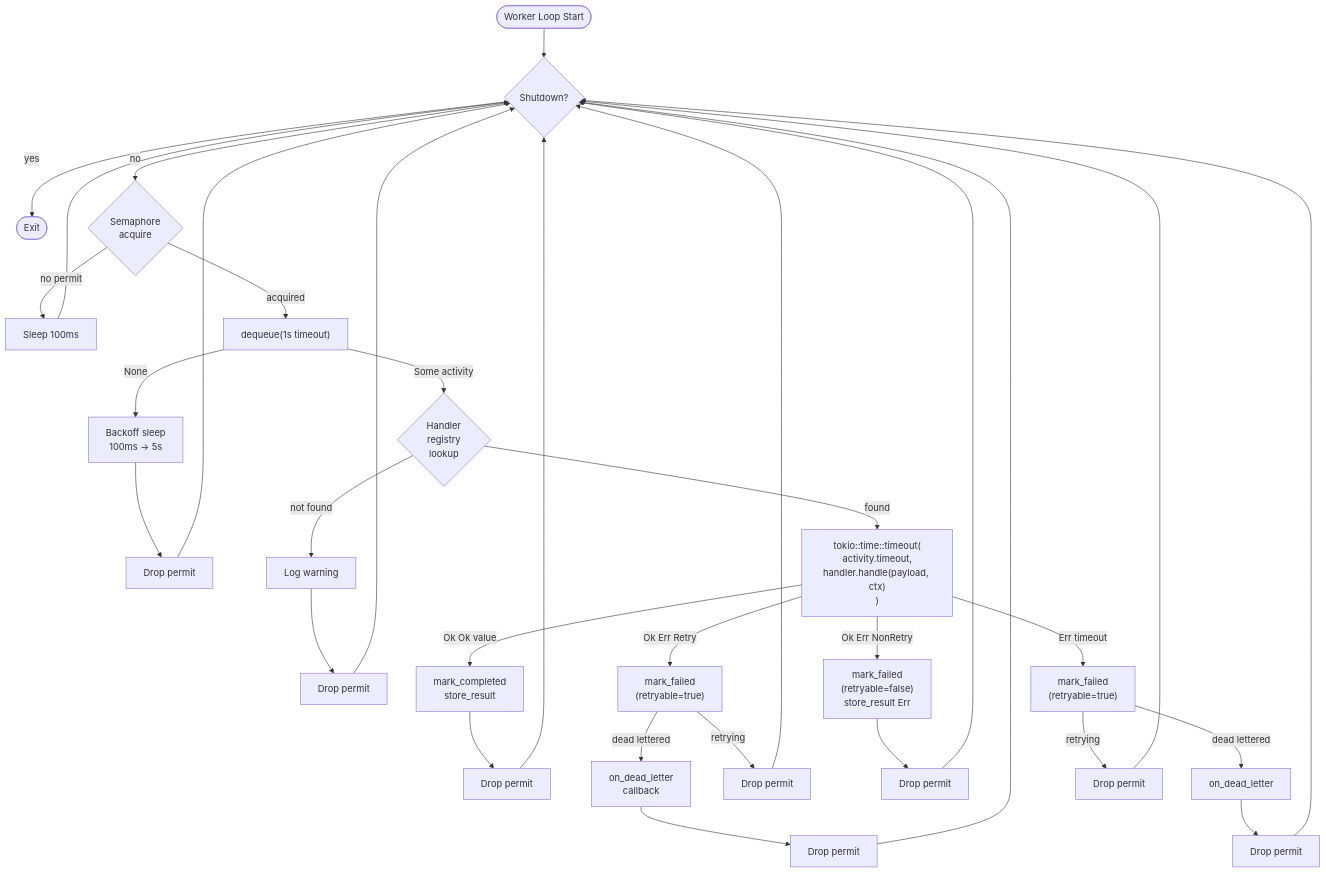
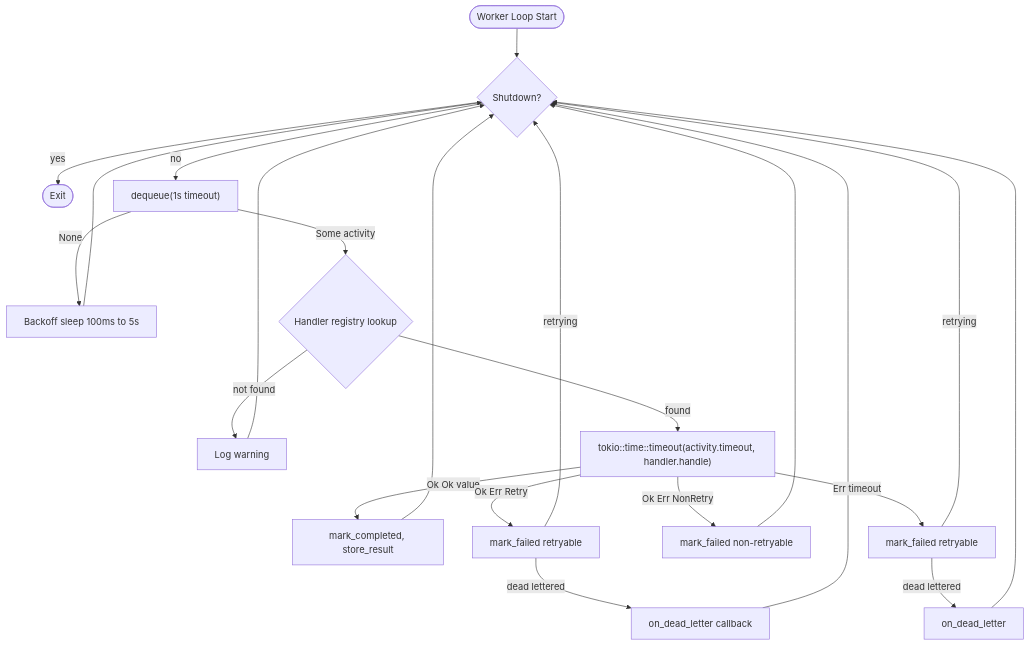
One commit to alob-mtc/runnerq changed the fourth of 8 diagrams in docs/architecture.md. Above: the diagram before and after it, drawn with Mermaid. The commit also changed other lines of this file and 7 other files, not shown here.

````diff
--- a/docs/architecture.md
+++ b/docs/architecture.md
@@ -245,20 +246,18 @@
 ```mermaid
 flowchart TD
     START([Worker Loop Start]) --> CHECK{Shutdown?}
     CHECK -->|yes| STOP([Exit])
-    CHECK -->|no| PERMIT{Semaphore\nacquire}
-    PERMIT -->|no permit| SLEEP100[Sleep 100ms] --> CHECK
-    PERMIT -->|acquired| DEQ["dequeue(1s timeout)"]
-    DEQ -->|None| BACKOFF["Backoff sleep\n100ms → 5s"] --> DROP1[Drop permit] --> CHECK
-    DEQ -->|Some activity| LOOKUP{"Handler\nregistry\nlookup"}
-    LOOKUP -->|not found| WARN[Log warning] --> DROP2[Drop permit] --> CHECK
-    LOOKUP -->|found| EXEC["tokio::time::timeout(\nactivity.timeout,\nhandler.handle(payload, ctx)\n)"]
-    EXEC -->|Ok Ok value| ACK_OK["mark_completed\nstore_result"] --> DROP3[Drop permit] --> CHECK
-    EXEC -->|Ok Err Retry| ACK_RETRY["mark_failed\n(retryable=true)"]
-    ACK_RETRY -->|dead lettered| DLQ["on_dead_letter\ncallback"] --> DROP4[Drop permit] --> CHECK
-    ACK_RETRY -->|retrying| DROP5[Drop permit] --> CHECK
-    EXEC -->|Ok Err NonRetry| ACK_FAIL["mark_failed\n(retryable=false)\nstore_result Err"] --> DROP6[Drop permit] --> CHECK
-    EXEC -->|Err timeout| ACK_TO["mark_failed\n(retryable=true)"]
-    ACK_TO -->|dead lettered| DLQ2["on_dead_letter"] --> DROP7[Drop permit] --> CHECK
-    ACK_TO -->|retrying| DROP8[Drop permit] --> CHECK
+    CHECK -->|no| DEQ["dequeue(1s timeout)"]
+    DEQ -->|None| BACKOFF["Backoff sleep 100ms to 5s"] --> CHECK
+    DEQ -->|Some activity| LOOKUP{"Handler registry lookup"}
+    LOOKUP -->|not found| WARN[Log warning] --> CHECK
+    LOOKUP -->|found| EXEC["tokio::time::timeout(activity.timeout, handler.handle)"]
+    EXEC -->|Ok Ok value| ACK_OK["mark_completed, store_result"] --> CHECK
+    EXEC -->|Ok Err Retry| ACK_RETRY["mark_failed retryable"]
+    ACK_RETRY -->|dead lettered| DLQ["on_dead_letter callback"] --> CHECK
+    ACK_RETRY -->|retrying| CHECK
+    EXEC -->|Ok Err NonRetry| ACK_FAIL["mark_failed non-retryable"] --> CHECK
+    EXEC -->|Err timeout| ACK_TO["mark_failed retryable"]
+    ACK_TO -->|dead lettered| DLQ2["on_dead_letter"] --> CHECK
+    ACK_TO -->|retrying| CHECK
 ```
````
